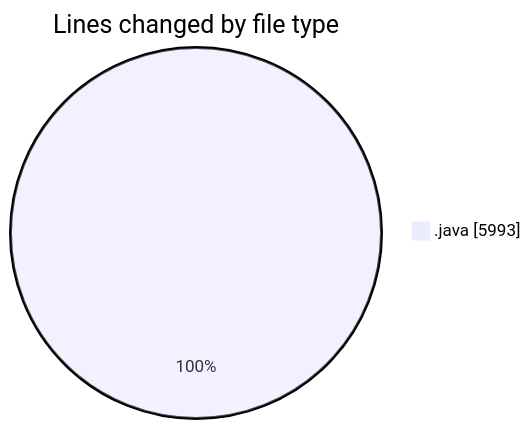
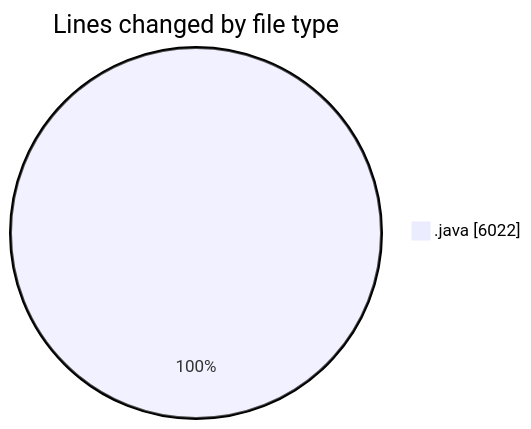
One commit to ricardozamudiocil/code-tracking changed the first of 2 diagrams in 2026-05-05/cilapp/README.md. Above: the diagram before and after it, drawn with Mermaid. The commit also changed other lines of this file and 1 other file, not shown here.

````diff
--- a/2026-05-05/cilapp/README.md
+++ b/2026-05-05/cilapp/README.md
@@ -26,5 +26,5 @@
 ```mermaid
 pie showData
 title Lines changed by file type
-".java" : 5993
+".java" : 6022
 ```
````
